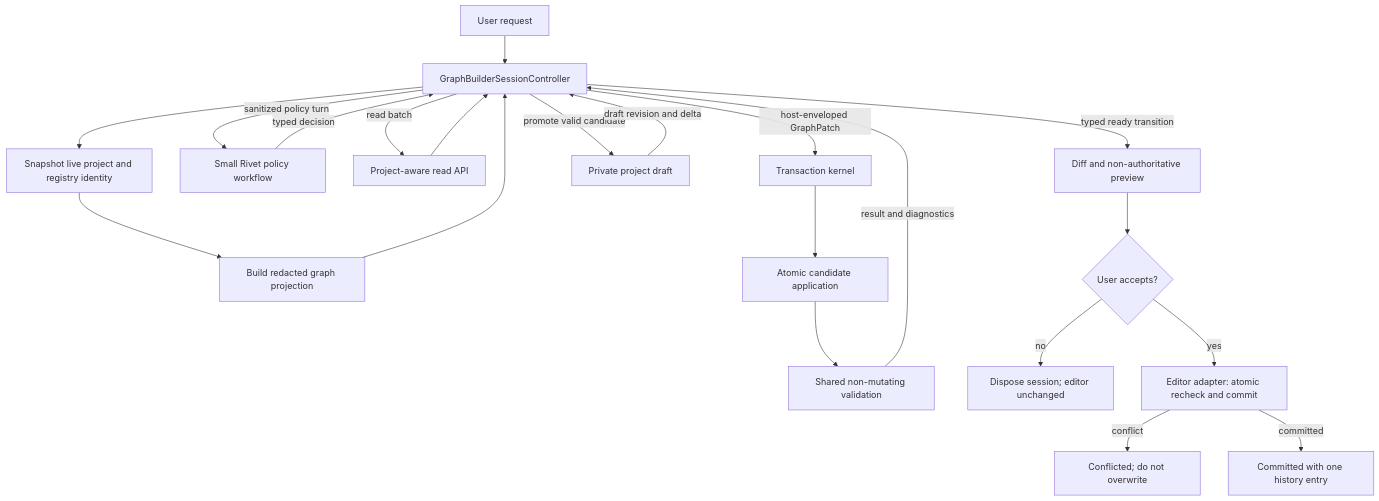
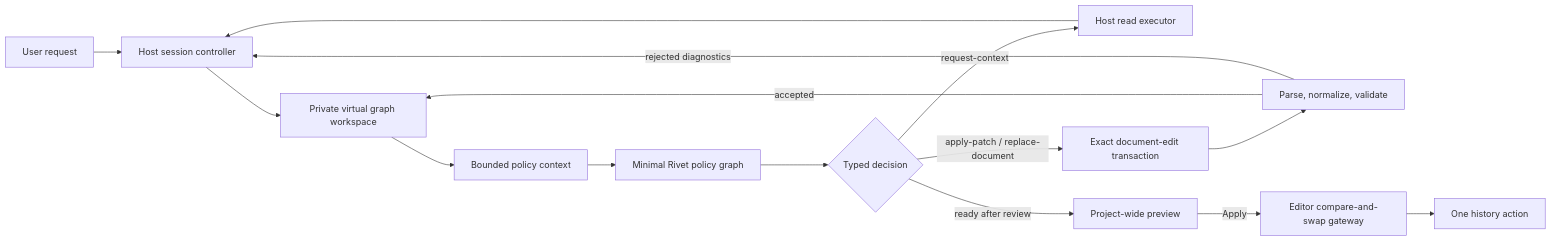
One commit to valerypopoff/rivet2.0 changed the diagram in graph-builder-process.md. Above: the diagram before and after it, drawn with Mermaid. The commit also changed other lines of this file and 107 other files, not shown here.

Commit message:
feat: harden graph builder and add data buses

````diff
--- a/graph-builder-process.md
+++ b/graph-builder-process.md
@@ -587,23 +364,17 @@
 ```mermaid
-flowchart TD
-    A["User request"] --> B["GraphBuilderSessionController"]
-    B --> C["Snapshot live project and registry identity"]
-    C --> D["Build redacted graph projection"]
-    D --> B
-    B -->|sanitized policy turn| E["Small Rivet policy workflow"]
-    E -->|typed decision| B
-    B -->|read batch| F["Project-aware read API"]
-    F --> B
-    B -->|host-enveloped GraphPatch| G["Transaction kernel"]
-    G --> H["Atomic candidate application"]
-    H --> I["Shared non-mutating validation"]
-    I -->|result and diagnostics| B
-    B -->|promote valid candidate| J["Private project draft"]
-    J -->|draft revision and delta| B
-    B -->|typed ready transition| K["Diff and non-authoritative preview"]
-    K --> L{"User accepts?"}
-    L -->|no| M["Dispose session; editor unchanged"]
-    L -->|yes| N["Editor adapter: atomic recheck and commit"]
-    N -->|conflict| O["Conflicted; do not overwrite"]
-    N -->|committed| P["Committed with one history entry"]
+flowchart LR
+    U["User request"] --> H["Host session controller"]
+    H --> W["Private virtual graph workspace"]
+    W --> C["Bounded policy context"]
+    C --> P["Minimal Rivet policy graph"]
+    P --> D{"Typed decision"}
+    D -->|request-context| R["Host read executor"]
+    R --> H
+    D -->|apply-patch / replace-document| X["Exact document-edit transaction"]
+    X --> N["Parse, normalize, validate"]
+    N -->|accepted| W
+    N -->|rejected diagnostics| H
+    D -->|ready after review| V["Project-wide preview"]
+    V -->|Apply| G["Editor compare-and-swap gateway"]
+    G --> E["One history action"]
 ```
````
